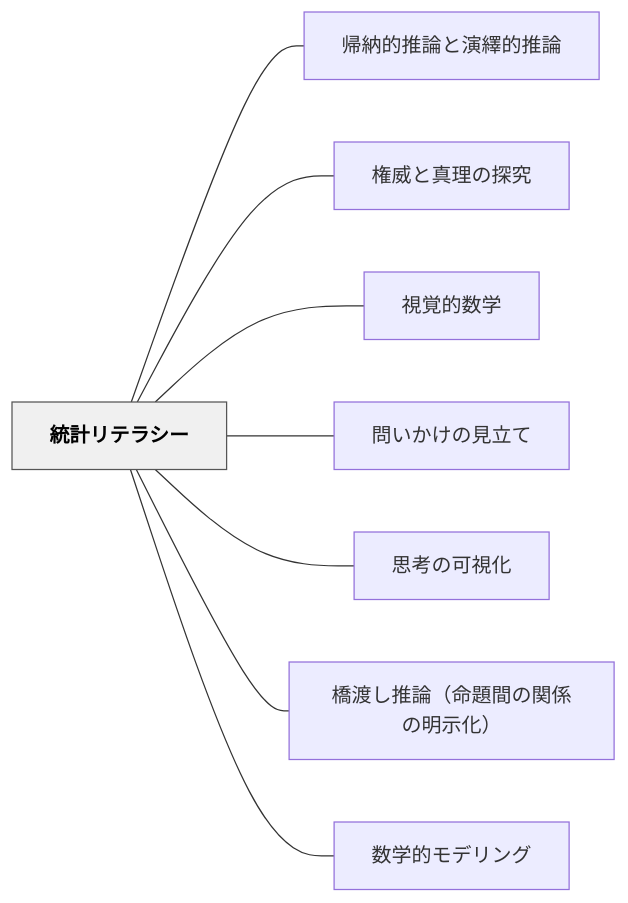
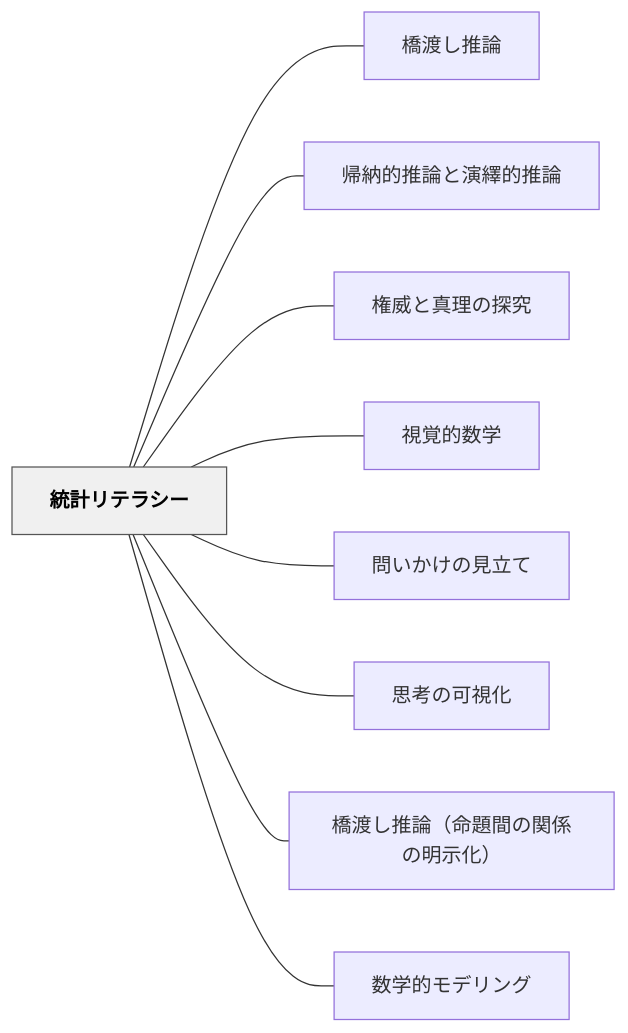
The diagram in content/パタン/統計リテラシー.md (unknownthings-ed-patterns/unknownthings-ed-patterns), drawn with Mermaid before and after one commit. The commit also changed other lines of this file and 9 other files, not shown here.

````diff
--- a/content/パタン/統計リテラシー.md
+++ b/content/パタン/統計リテラシー.md
@@ -112,22 +113,24 @@
 ```mermaid
 flowchart LR
     ne7b5b1e8a888e383aae38386e383a9e382b7e383bc["統計リテラシー"]
+    ne6a98be6b8a1e38197e68ea8e8ab96["橋渡し推論"]
     ne5b8b0e7b48de79a84e68ea8e8ab96e381a8e6bc94e7b9b9e79a84e68ea8e8ab96["帰納的推論と演繹的推論"]
     ne6a8a9e5a881e381a8e79c9fe79086e381aee68ea2e7a9b6["権威と真理の探究"]
     ne8a696e8a69ae79a84e695b0e5ada6["視覚的数学"]
     ne5958fe38184e3818be38191e381aee8a68be7ab8be381a6["問いかけの見立て"]
     ne6809de88083e381aee58fafe8a696e58c96["思考の可視化"]
     ne6a98be6b8a1e38197e68ea8e8ab96efbc88e591bde9a18ce99693e381aee996a2e4bf82e381aee6988ee7a4bae58c96efbc89["橋渡し推論（命題間の関係の明示化）"]
     ne695b0e5ada6e79a84e383a2e38387e383aae383b3e382b0["数学的モデリング"]
 
+    ne7b5b1e8a888e383aae38386e383a9e382b7e383bc --- ne6a98be6b8a1e38197e68ea8e8ab96
     ne7b5b1e8a888e383aae38386e383a9e382b7e383bc --- ne5b8b0e7b48de79a84e68ea8e8ab96e381a8e6bc94e7b9b9e79a84e68ea8e8ab96
     ne7b5b1e8a888e383aae38386e383a9e382b7e383bc --- ne6a8a9e5a881e381a8e79c9fe79086e381aee68ea2e7a9b6
     ne7b5b1e8a888e383aae38386e383a9e382b7e383bc --- ne8a696e8a69ae79a84e695b0e5ada6
     ne7b5b1e8a888e383aae38386e383a9e382b7e383bc --- ne5958fe38184e3818be38191e381aee8a68be7ab8be381a6
     ne7b5b1e8a888e383aae38386e383a9e382b7e383bc --- ne6809de88083e381aee58fafe8a696e58c96
     ne7b5b1e8a888e383aae38386e383a9e382b7e383bc --- ne6a98be6b8a1e38197e68ea8e8ab96efbc88e591bde9a18ce99693e381aee996a2e4bf82e381aee6988ee7a4bae58c96efbc89
     ne7b5b1e8a888e383aae38386e383a9e382b7e383bc --- ne695b0e5ada6e79a84e383a2e38387e383aae383b3e382b0
 
     classDef hub fill:#f0f0f0,stroke:#555,color:#000,font-weight:bold
     class ne7b5b1e8a888e383aae38386e383a9e382b7e383bc hub
 ```
````
